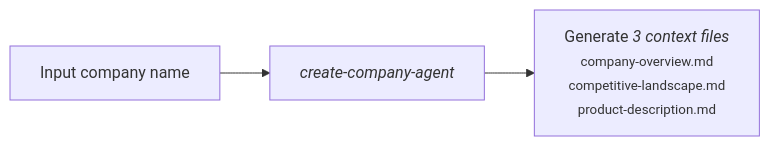
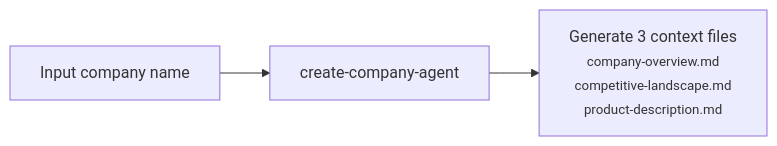
Before and after one commit to saumyavasuthevan/Claude-Research-Analyst: the diagram in portfolio/create-company.md, drawn with Mermaid. The commit also changed other lines of this file and 1 other file, not shown here.

Commit message:
updated create co

````diff
--- a/portfolio/create-company.md
+++ b/portfolio/create-company.md
@@ -15,5 +15,5 @@
 ```mermaid
 flowchart LR
-    A["Input company name"] --> B["<i>create-company-agent</i>"]
-    B --> C["Generate <i>3 context files</i><br/><small>company-overview.md<br/>competitive-landscape.md<br/>product-description.md</small>"]
+    A["Input company name"] --> B["create-company-agent"]
+    B --> C["Generate 3 context files<br/><small>company-overview.md<br/>competitive-landscape.md<br/>product-description.md</small>"]
 ```
````
